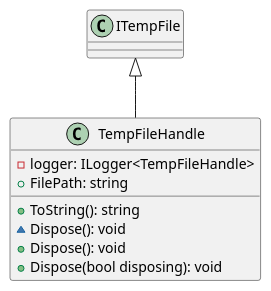
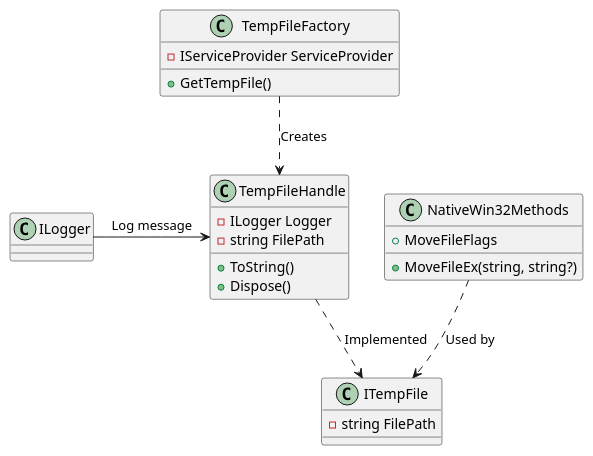
Before and after one commit to mwwhited-forks/dotnet-libs: the second of 2 diagrams in docs/generated/Framework/Eliassen.System/IO/Documentation.md, drawn with PlantUML. The commit also changed other lines of this file and 444 other files, not shown here.

````diff
--- a/docs/generated/Framework/Eliassen.System/IO/Documentation.md
+++ b/docs/generated/Framework/Eliassen.System/IO/Documentation.md
@@ -142,13 +66,31 @@
+```plantuml
 @startuml
-class TempFileHandle {
-  - logger: ILogger<TempFileHandle>
-  + FilePath: string
-  + ToString(): string
-  ~Dispose(): void
-  + Dispose(): void
-  + Dispose(bool disposing): void
+class ITempFile {
+  -string FilePath
 }
 
-ITempFile <|-- TempFileHandle
+class TempFileHandle {
+  -ILogger Logger
+  -string FilePath
+  +ToString()
+  +Dispose()
+}
+
+class TempFileFactory {
+  -IServiceProvider ServiceProvider
+  +GetTempFile()
+}
+
+class NativeWin32Methods {
+  +MoveFileEx(string, string?)
+  +MoveFileFlags
+}
+
+ILogger -> TempFileHandle: Log message
+
+TempFileHandle ..> ITempFile: Implemented
+TempFileFactory ..> TempFileHandle: Creates
+NativeWin32Methods ..> ITempFile: Used by
 
 @enduml
+```
````
